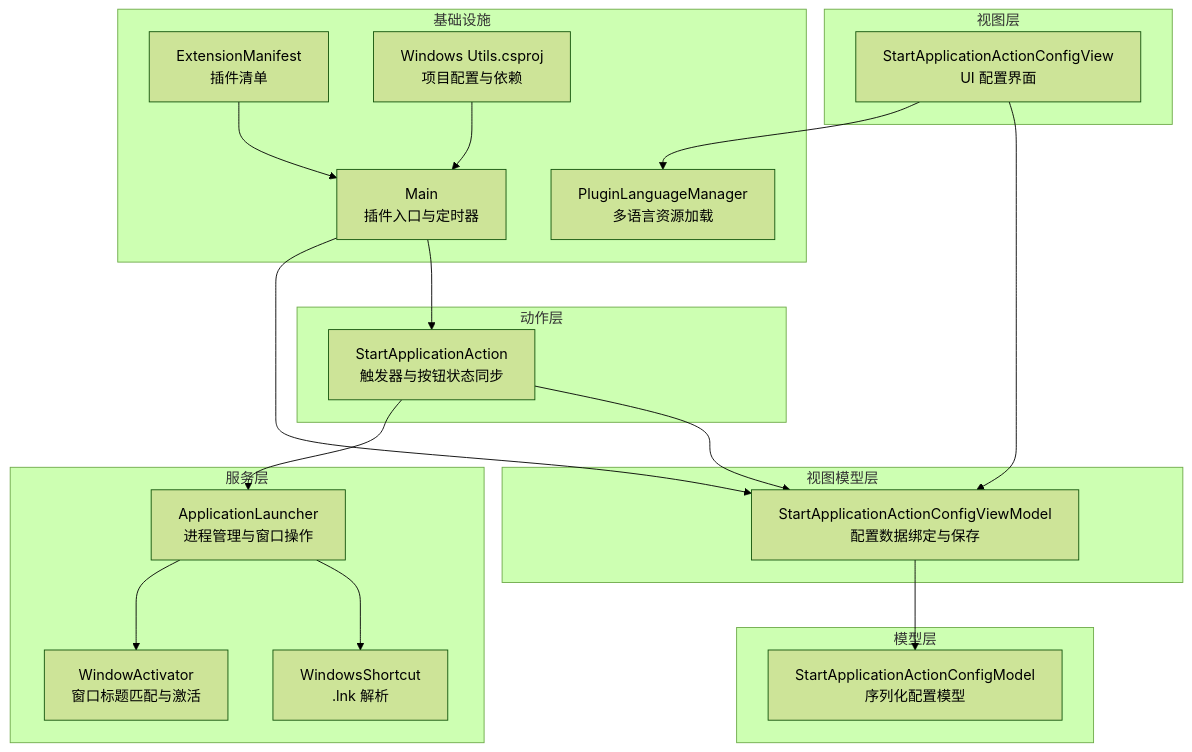
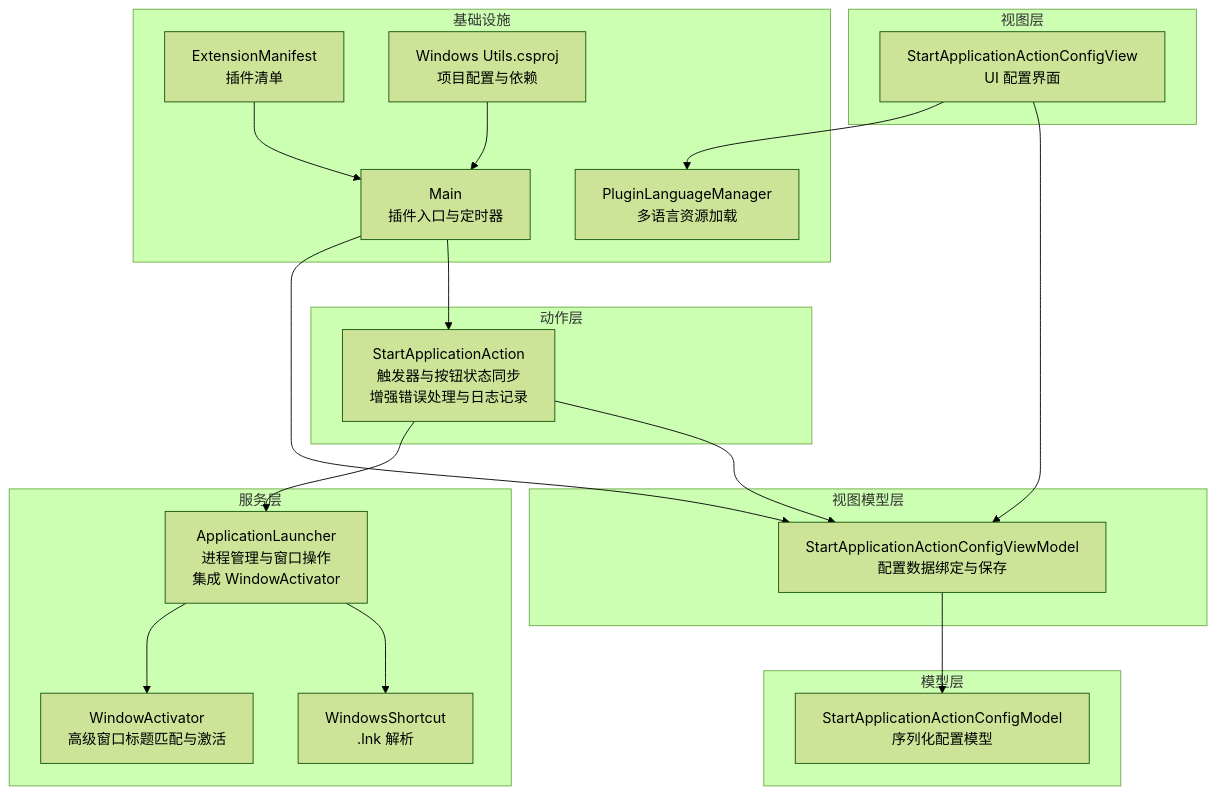
Before and after one commit to tea4go/Macro-Deck-Windows-Utils-Plugin: the first of 7 diagrams in .qoder/repowiki/zh/content/核心功能/应用程序管理.md, drawn with Mermaid (forest theme). The commit also changed other lines of this file and 16 other files, not shown here.

````diff
--- a/.qoder/repowiki/zh/content/核心功能/应用程序管理.md
+++ b/.qoder/repowiki/zh/content/核心功能/应用程序管理.md
@@ -47,37 +55,37 @@
 ```mermaid
 graph TB
 subgraph "动作层"
-SA["StartApplicationAction<br/>触发器与按钮状态同步"]
+SA["StartApplicationAction<br/>触发器与按钮状态同步<br/>增强错误处理与日志记录"]
 end
 subgraph "视图层"
 V["StartApplicationActionConfigView<br/>UI 配置界面"]
 end
 subgraph "视图模型层"
 VM["StartApplicationActionConfigViewModel<br/>配置数据绑定与保存"]
 end
 subgraph "模型层"
 M["StartApplicationActionConfigModel<br/>序列化配置模型"]
 end
 subgraph "服务层"
-L["ApplicationLauncher<br/>进程管理与窗口操作"]
-WA["WindowActivator<br/>窗口标题匹配与激活"]
+L["ApplicationLauncher<br/>进程管理与窗口操作<br/>集成 WindowActivator"]
+WA["WindowActivator<br/>高级窗口标题匹配与激活"]
 WS["WindowsShortcut<br/>.lnk 解析"]
 end
 subgraph "基础设施"
 PLM["PluginLanguageManager<br/>多语言资源加载"]
 MAIN["Main<br/>插件入口与定时器"]
 MAN["ExtensionManifest<br/>插件清单"]
 PROJ["Windows Utils.csproj<br/>项目配置与依赖"]
 end
 SA --> VM
 V --> VM
 VM --> M
 SA --> L
 L --> WS
 L --> WA
 V --> PLM
 MAIN --> SA
 MAIN --> VM
 MAN --> MAIN
 PROJ --> MAIN
 ```
````
